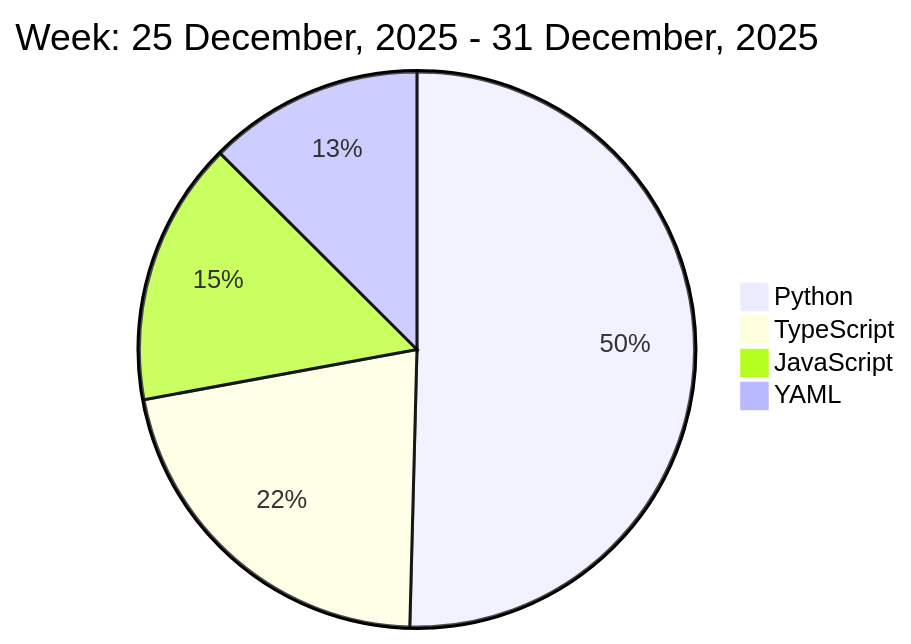
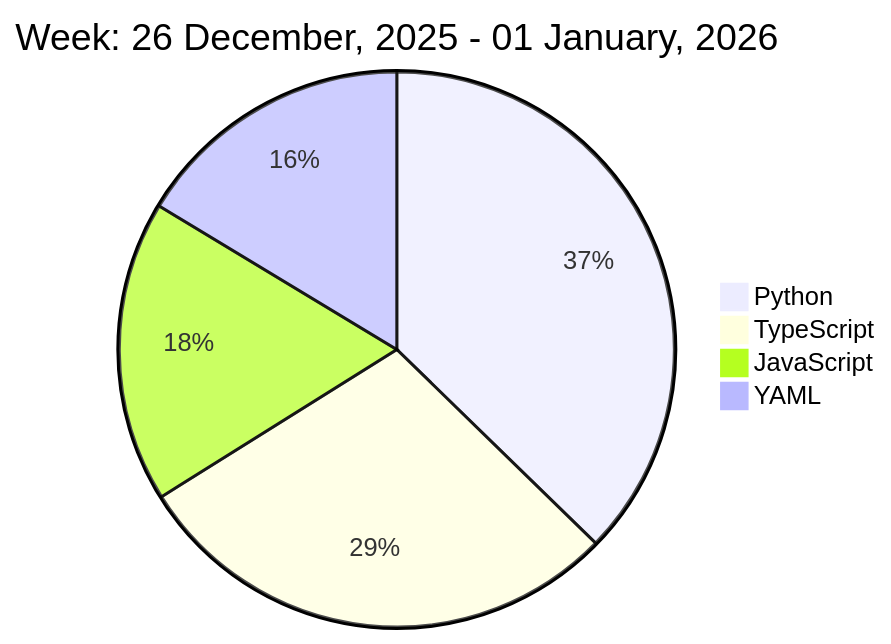
The diagram in README.md (liubin95/liubin95), drawn with Mermaid before and after one commit.

Commit message:
Updated the Graph with new Metrics

````diff
--- a/README.md
+++ b/README.md
@@ -37,8 +37,8 @@
 ```mermaid
  pie
-title Week: 25 December, 2025 - 31 December, 2025
- "Python" : 7.97
- "TypeScript" : 3.43
- "JavaScript" : 2.43
- "YAML" : 1.98
+title Week: 26 December, 2025 - 01 January, 2026
+ "Python" : 4.4
+ "TypeScript" : 3.4
+ "JavaScript" : 2.07
+ "YAML" : 1.93
 ```
````
